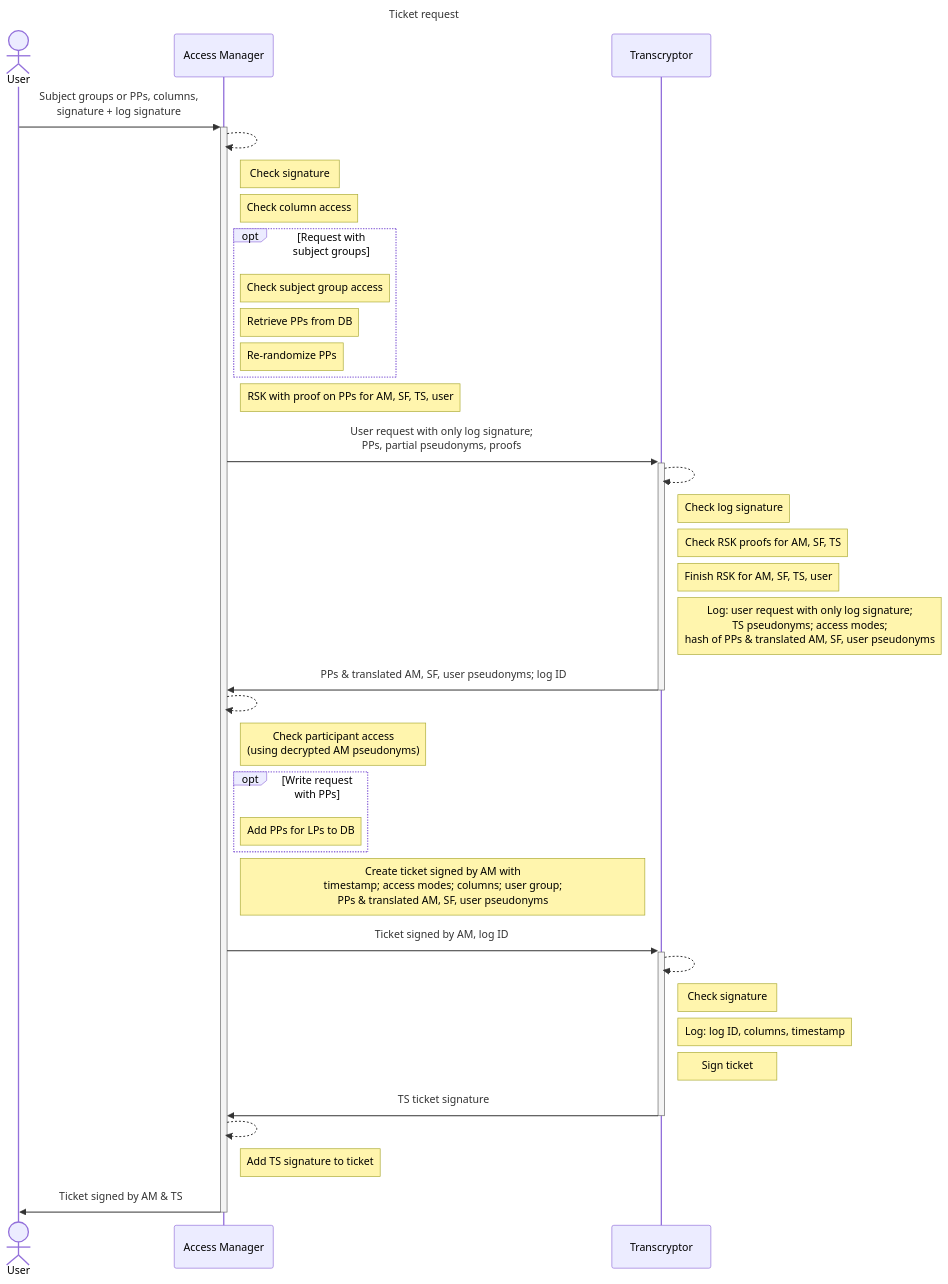
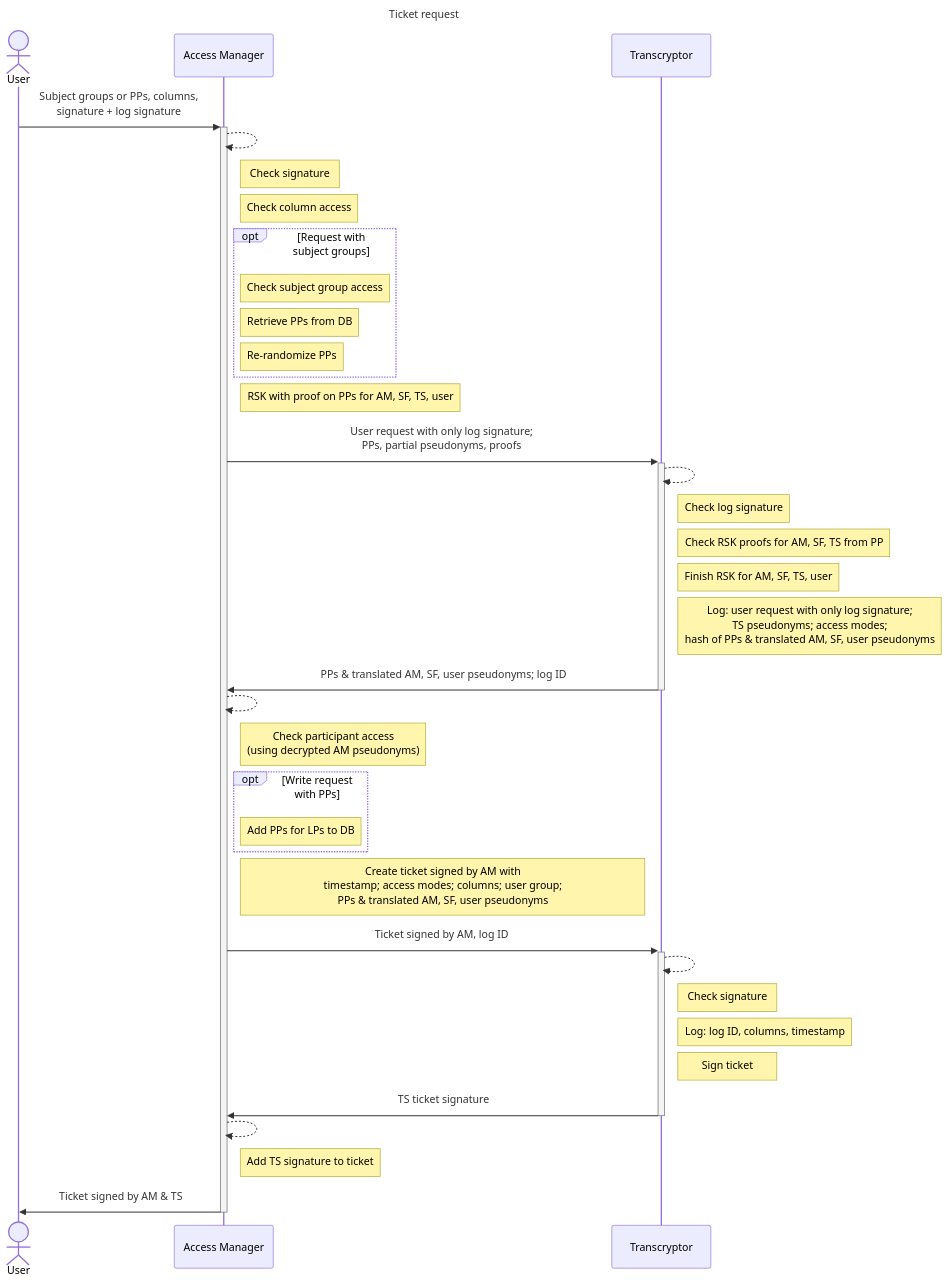
The diagram in docs/public/crypto/ticket_request.md (PEP-Repository/core), drawn with Mermaid before and after one commit.

Commit message:
Format ticket_request.md

````diff
--- a/docs/public/crypto/ticket_request.md
+++ b/docs/public/crypto/ticket_request.md
@@ -7,50 +7,50 @@
 ```mermaid
 sequenceDiagram
-    title Ticket request
-    actor User
-    participant AM as Access Manager
-    participant TS as Transcryptor
+  title Ticket request
+  actor User
+  participant AM as Access Manager
+  participant TS as Transcryptor
 
-    User->>+AM: Subject groups or PPs, columns,<br/>signature + log signature
+  User->>+AM: Subject groups or PPs, columns,<br/>signature + log signature
 
-        AM-->>AM:
-        note right of AM: Check signature
-        note right of AM: Check column access
-        opt Request with subject groups
-            note right of AM: Check subject group access
-            note right of AM: Retrieve PPs from DB
-            note right of AM: Re-randomize PPs
-        end
-        note right of AM: RSK with proof on PPs for AM, SF, TS, user
+    AM-->>AM:
+    note right of AM: Check signature
+    note right of AM: Check column access
+    opt Request with subject groups
+      note right of AM: Check subject group access
+      note right of AM: Retrieve PPs from DB
+      note right of AM: Re-randomize PPs
+    end
+    note right of AM: RSK with proof on PPs for AM, SF, TS, user
 
-        AM->>+TS: User request with only log signature#59;<br/>PPs, partial pseudonyms, proofs
+    AM->>+TS: User request with only log signature#59;<br/>PPs, partial pseudonyms, proofs
 
-            TS-->>TS:
-            note right of TS: Check log signature
-            note right of TS: Check RSK proofs for AM, SF, TS
-            note right of TS: Finish RSK for AM, SF, TS, user
-            note right of TS: Log: user request with only log signature#59;<br/>TS pseudonyms#59; access modes#59;<br/>hash of PPs & translated AM, SF, user pseudonyms
+      TS-->>TS:
+      note right of TS: Check log signature
+      note right of TS: Check RSK proofs for AM, SF, TS from PP
+      note right of TS: Finish RSK for AM, SF, TS, user
+      note right of TS: Log: user request with only log signature#59;<br/>TS pseudonyms#59; access modes#59;<br/>hash of PPs & translated AM, SF, user pseudonyms
 
-        TS->>-AM: PPs & translated AM, SF, user pseudonyms#59; log ID
+    TS->>-AM: PPs & translated AM, SF, user pseudonyms#59; log ID
 
-        AM-->>AM:
-        note right of AM: Check participant access<br/>(using decrypted AM pseudonyms)
-        opt Write request with PPs
-            note right of AM: Add PPs for LPs to DB
-        end
-        note right of AM: Create ticket signed by AM with<br/>timestamp#59; access modes#59; columns#59; user group#59;<br/>PPs & translated AM, SF, user pseudonyms
+    AM-->>AM:
+    note right of AM: Check participant access<br/>(using decrypted AM pseudonyms)
+    opt Write request with PPs
+      note right of AM: Add PPs for LPs to DB
+    end
+    note right of AM: Create ticket signed by AM with<br/>timestamp#59; access modes#59; columns#59; user group#59;<br/>PPs & translated AM, SF, user pseudonyms
 
-        AM->>+TS: Ticket signed by AM, log ID
+    AM->>+TS: Ticket signed by AM, log ID
 
-            TS-->>TS:
-            note right of TS: Check signature
-            note right of TS: Log: log ID, columns, timestamp
-            note right of TS: Sign ticket
+      TS-->>TS:
+      note right of TS: Check signature
+      note right of TS: Log: log ID, columns, timestamp
+      note right of TS: Sign ticket
 
-        TS->>-AM: TS ticket signature
+    TS->>-AM: TS ticket signature
 
-        AM-->>AM:
-        note right of AM: Add TS signature to ticket
+    AM-->>AM:
+    note right of AM: Add TS signature to ticket
 
-    AM->>-User: Ticket signed by AM & TS
+  AM->>-User: Ticket signed by AM & TS
 ```
````
